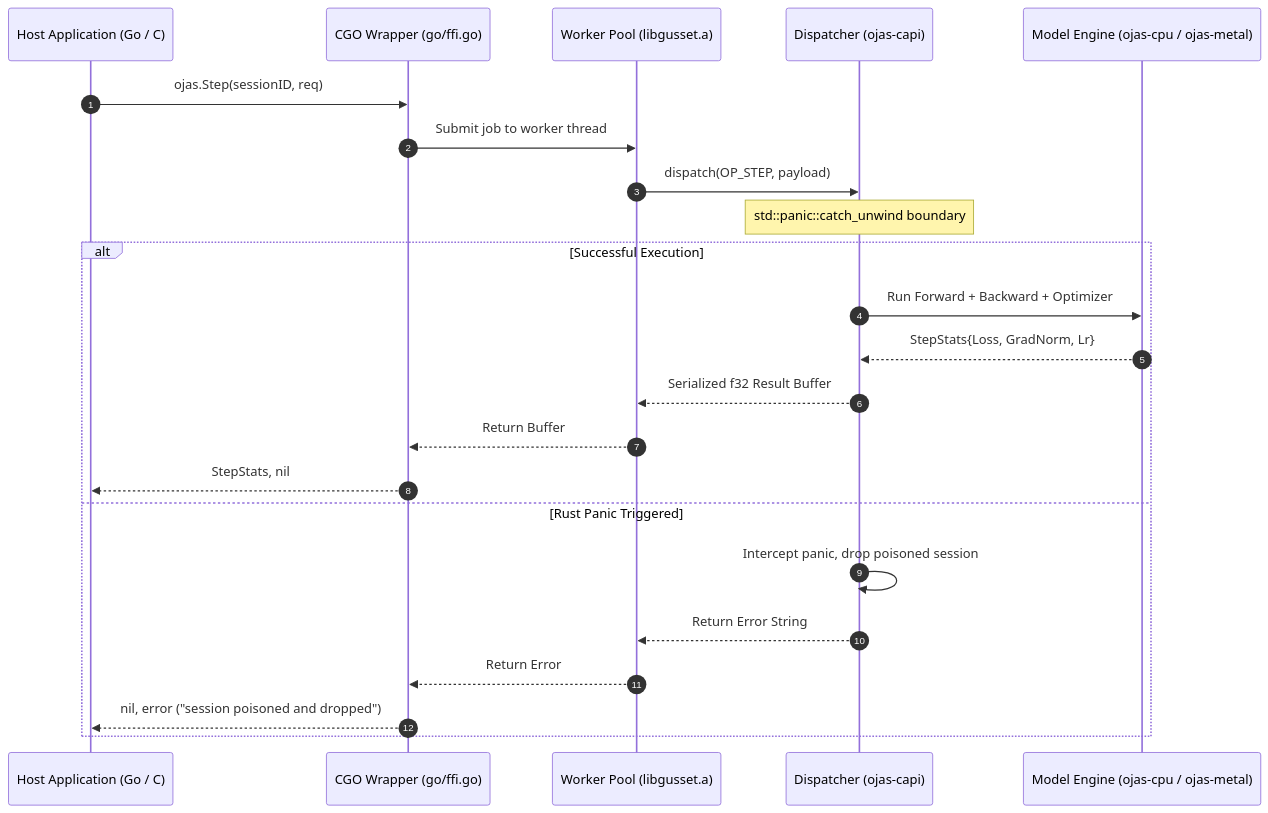
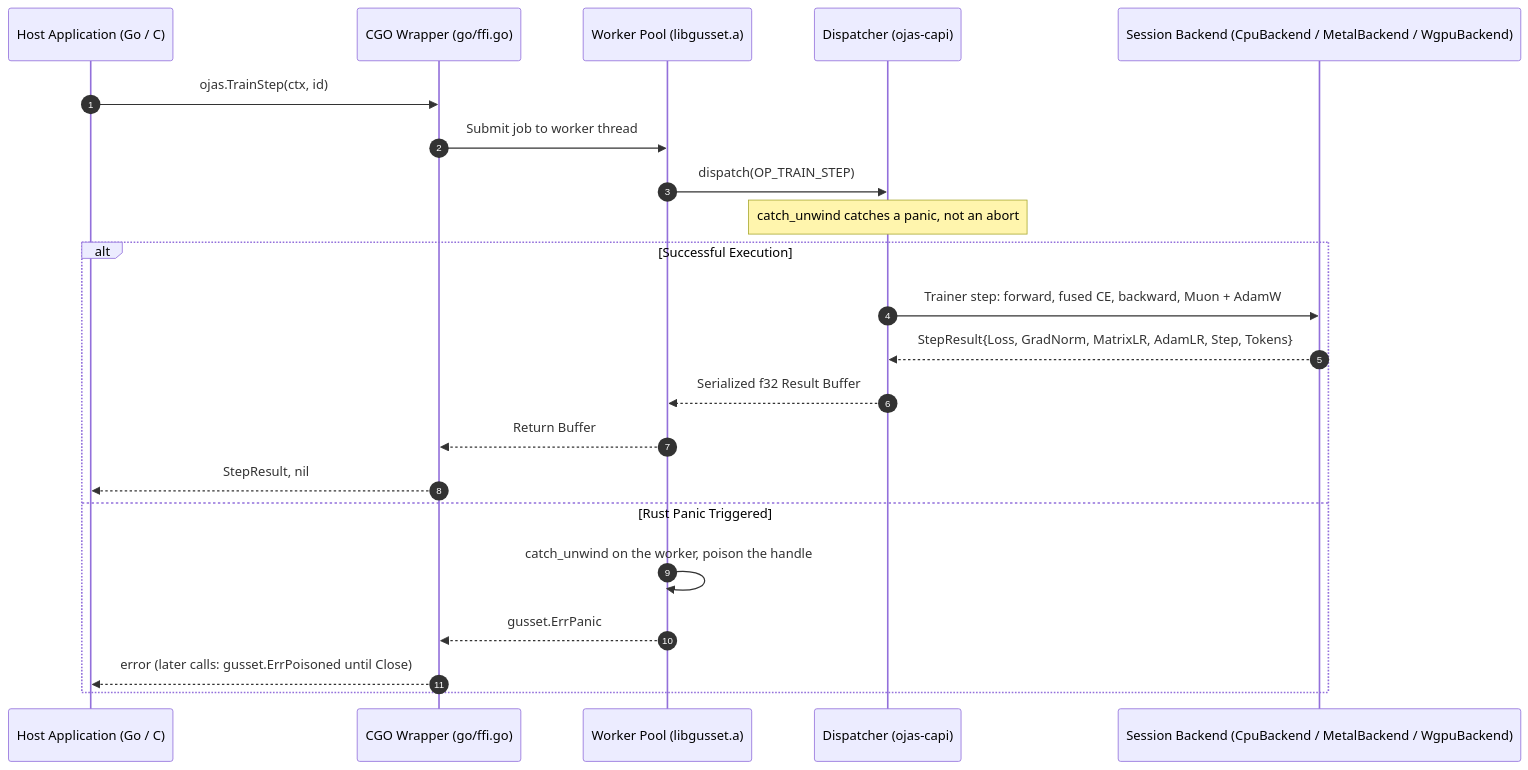
The sixth of 8 diagrams in docs/architecture.md (bharathvbcr/ojas), drawn with Mermaid before and after one commit. The commit also changed other lines of this file and 1261 other files, not shown here.

````diff
--- a/docs/architecture.md
+++ b/docs/architecture.md
@@ -160,27 +179,26 @@
 ```mermaid
 sequenceDiagram
     autonumber
     participant App as Host Application (Go / C)
     participant CGO as CGO Wrapper (go/ffi.go)
     participant Gusset as Worker Pool (libgusset.a)
     participant CAPI as Dispatcher (ojas-capi)
-    participant Engine as Model Engine (ojas-cpu / ojas-metal)
+    participant Engine as Session Backend (CpuBackend / MetalBackend / WgpuBackend)
 
-    App->>CGO: ojas.Step(sessionID, req)
+    App->>CGO: ojas.TrainStep(ctx, id)
     CGO->>Gusset: Submit job to worker thread
-    Gusset->>CAPI: dispatch(OP_STEP, payload)
+    Gusset->>CAPI: dispatch(OP_TRAIN_STEP)
     
-    Note over CAPI: std::panic::catch_unwind boundary
+    Note over CAPI: catch_unwind catches a panic, not an abort
     alt Successful Execution
-        CAPI->>Engine: Run Forward + Backward + Optimizer
-        Engine-->>CAPI: StepStats{Loss, GradNorm, Lr}
+        CAPI->>Engine: Trainer step: forward, fused CE, backward, Muon + AdamW
+        Engine-->>CAPI: StepResult{Loss, GradNorm, MatrixLR, AdamLR, Step, Tokens}
         CAPI-->>Gusset: Serialized f32 Result Buffer
         Gusset-->>CGO: Return Buffer
-        CGO-->>App: StepStats, nil
+        CGO-->>App: StepResult, nil
     else Rust Panic Triggered
-        CAPI->>CAPI: Intercept panic, drop poisoned session
-        CAPI-->>Gusset: Return Error String
-        Gusset-->>CGO: Return Error
-        CGO-->>App: nil, error ("session poisoned and dropped")
+        Gusset->>Gusset: catch_unwind on the worker, poison the handle
+        Gusset-->>CGO: gusset.ErrPanic
+        CGO-->>App: error (later calls: gusset.ErrPoisoned until Close)
     end
 ```
````
